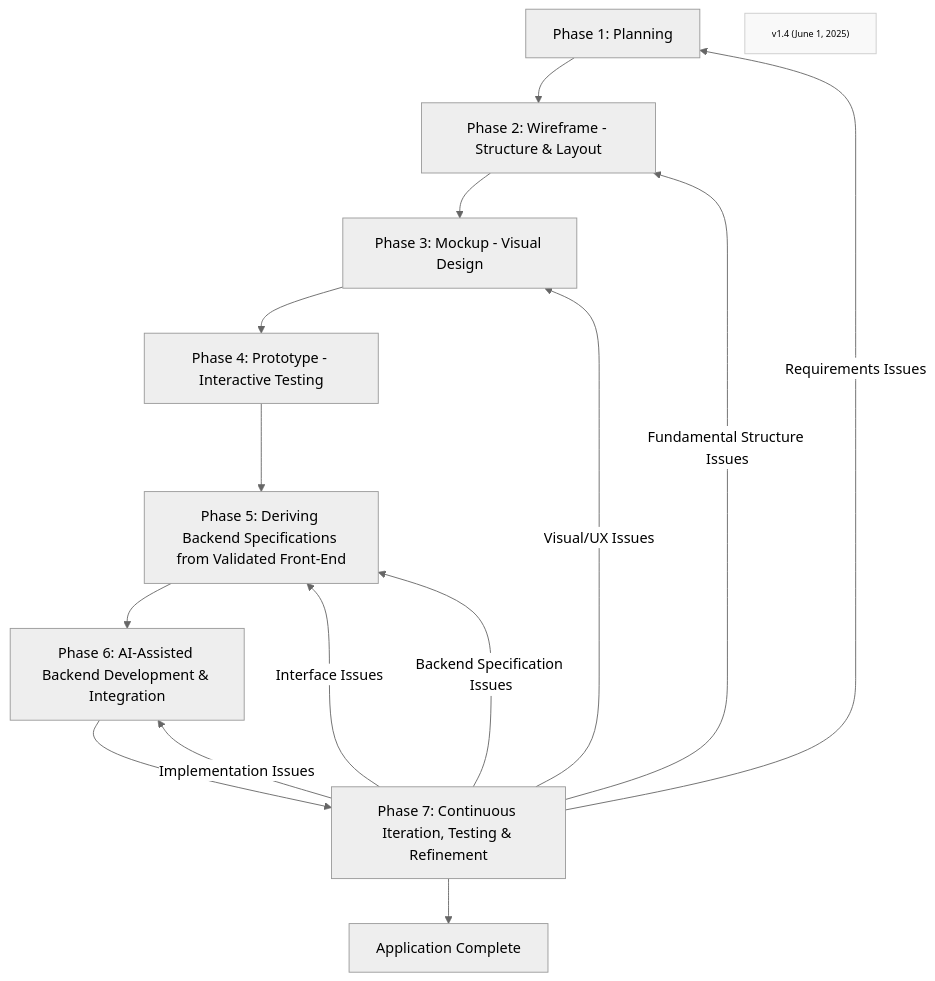
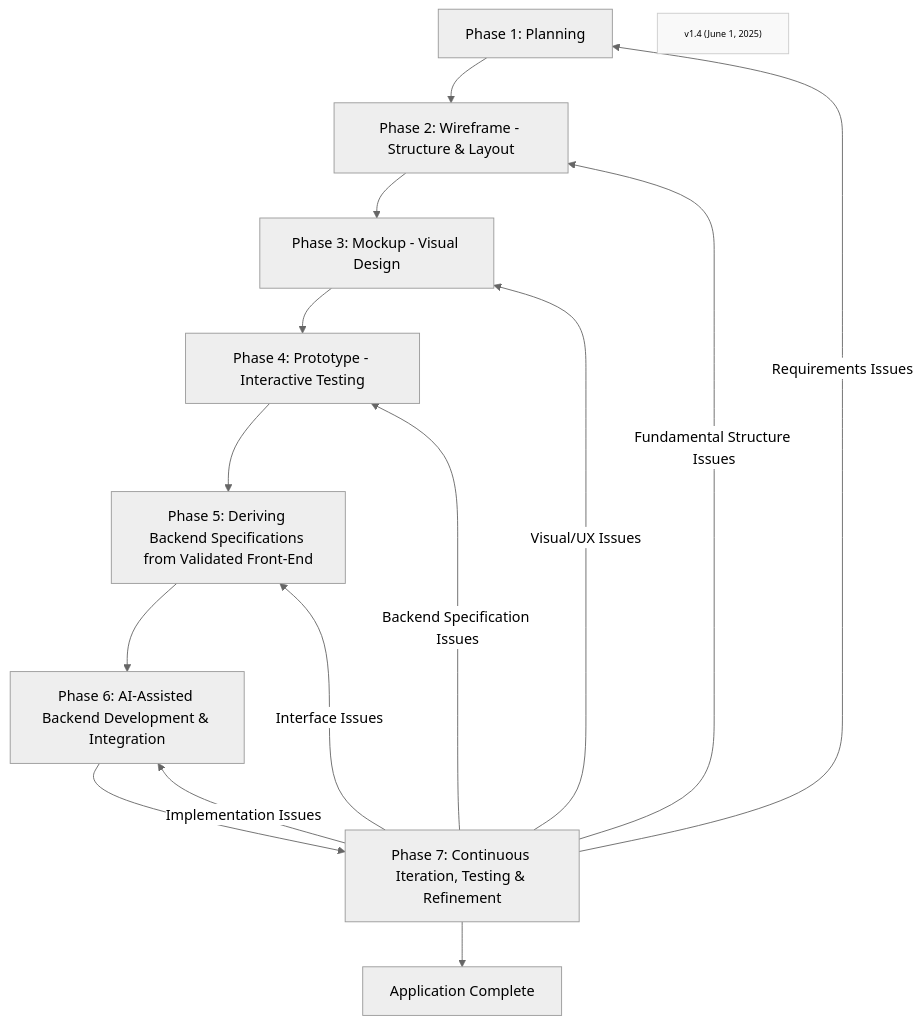
One commit to Mharbulous/Front-First-Method changed the diagram in Method/FF-overview.md. Above: the diagram before and after it, drawn with Mermaid (neutral theme).

Commit message:
Further flow refinements

````diff
--- a/Method/FF-overview.md
+++ b/Method/FF-overview.md
@@ -1,22 +1,22 @@
 ```mermaid
 graph TD
 Phase1["Phase 1: Planning"] --> Phase2["Phase 2: Wireframe - Structure & Layout"]
     Phase2 --> Phase3["Phase 3: Mockup - Visual Design"]
     Phase3 --> Phase4["Phase 4: Prototype - Interactive Testing"]
     Phase4 --> Phase5["Phase 5: Deriving Backend Specifications from Validated Front-End"]
     Phase5 --> Phase6["Phase 6: AI-Assisted Backend Development & Integration"]
     Phase6 --> Phase7["Phase 7: Continuous Iteration, Testing & Refinement"]
     Phase7 --> Phase8["Application Complete"]
     
     Phase7 -->|Implementation Issues| Phase6
     Phase7 -->|Interface Issues| Phase5
-    Phase7 -->|Backend Specification Issues| Phase5
+    Phase7 -->|Backend Specification Issues| Phase4
     Phase7 -->|Visual/UX Issues| Phase3
     Phase7 -->|Fundamental Structure Issues| Phase2
     Phase7 -->|Requirements Issues| Phase1
     
     Version["v1.4 (June 1, 2025)"]
     
     classDef version fill:#f9f9f9,stroke:#ccc,font-size:10px
     class Version version
 ```
````
